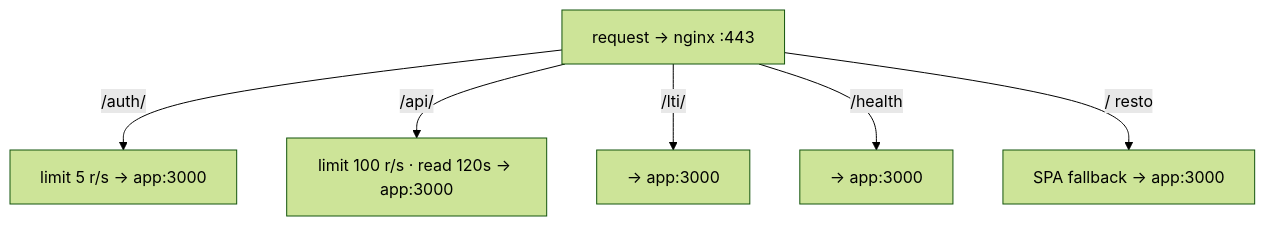
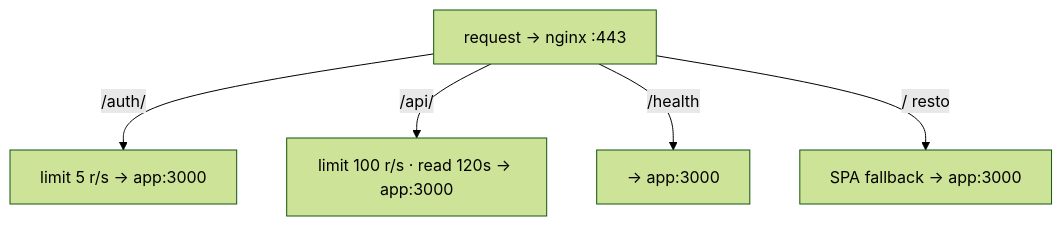
One commit to Vallit0/artificial-intelligence changed the fifth of 5 diagrams in docs/docker.md. Above: the diagram before and after it, drawn with Mermaid (forest theme). The commit also changed other lines of this file and 52 other files, not shown here.

````diff
--- a/docs/docker.md
+++ b/docs/docker.md
@@ -234,9 +234,8 @@
 ```mermaid
 flowchart TD
     R["request -> nginx :443"]
     R -->|"/auth/"| AU["limit 5 r/s -> app:3000"]
     R -->|"/api/"| AP["limit 100 r/s · read 120s -> app:3000"]
-    R -->|"/lti/"| LT["-> app:3000"]
     R -->|"/health"| HE["-> app:3000"]
     R -->|"/ resto"| SPA["SPA fallback -> app:3000"]
 ```
````
